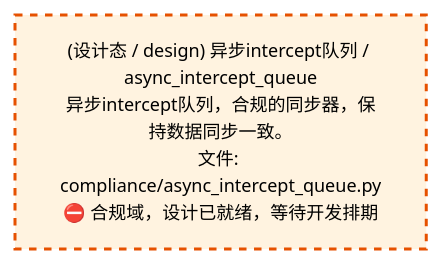
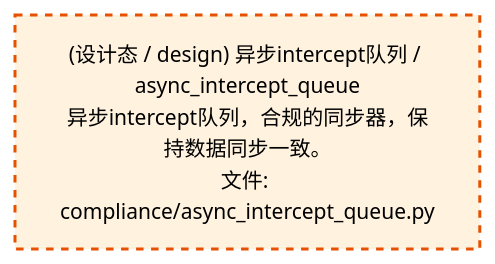
One commit to xuanFelixVan/ZephyrAlpha changed the third of 4 diagrams in docs/02_enterprise_architecture/02_domain_architecture_docs/38_d_compliance.md. Above: the diagram before and after it, drawn with Mermaid. The commit also changed other lines of this file and 61 other files, not shown here.

````diff
--- a/docs/02_enterprise_architecture/02_domain_architecture_docs/38_d_compliance.md
+++ b/docs/02_enterprise_architecture/02_domain_architecture_docs/38_d_compliance.md
@@ -109,10 +109,10 @@
 ```mermaid
-%%{init: {'theme': 'base', 'themeVariables': {'primaryColor': '#eaeaea', 'primaryTextColor': '#333333', 'primaryBorderColor': '#666666', 'lineColor': '#666666', 'secondaryColor': '#eaeaea', 'tertiaryColor': '#eaeaea', 'fontSize': '12px'}}}%%
+%%{init: {'theme': 'base', 'themeVariables': {'primaryColor': '#eaeaea', 'primaryTextColor': '#333333', 'primaryBorderColor': '#666666', 'lineColor': '#666666', 'secondaryColor': '#eaeaea', 'tertiaryColor': '#eaeaea', 'fontSize': '14px'}}}%%
 flowchart TD
-    src_zephyr_compliance_async_intercept_queue_py["(设计态 / design) 异步intercept队列 / async_intercept_queue<br/>异步intercept队列，合规的同步器，保持数据同步一致。<br/>文件: compliance/async_intercept_queue.py<br/>⛔ 合规域，设计已就绪，等待开发排期"]
+    src_zephyr_compliance_async_intercept_queue_py["(设计态 / design) 异步intercept队列 / async_intercept_queue<br/>异步intercept队列，合规的同步器，保持数据同步一致。<br/>文件: compliance/async_intercept_queue.py"]
     classDef production fill:#e1f5fe,stroke:#01579b,stroke-width:2px,color:#000
     classDef design fill:#fff3e0,stroke:#e65100,stroke-width:2px,color:#000,stroke-dasharray: 5 5
     classDef external_prod fill:#e8f4fd,stroke:#0277bd,stroke-width:1px,color:#000
     classDef external_design fill:#fff8e7,stroke:#ef6c00,stroke-width:1px,color:#000,stroke-dasharray: 5 5
     class src_zephyr_compliance_async_intercept_queue_py design
 ```
````
